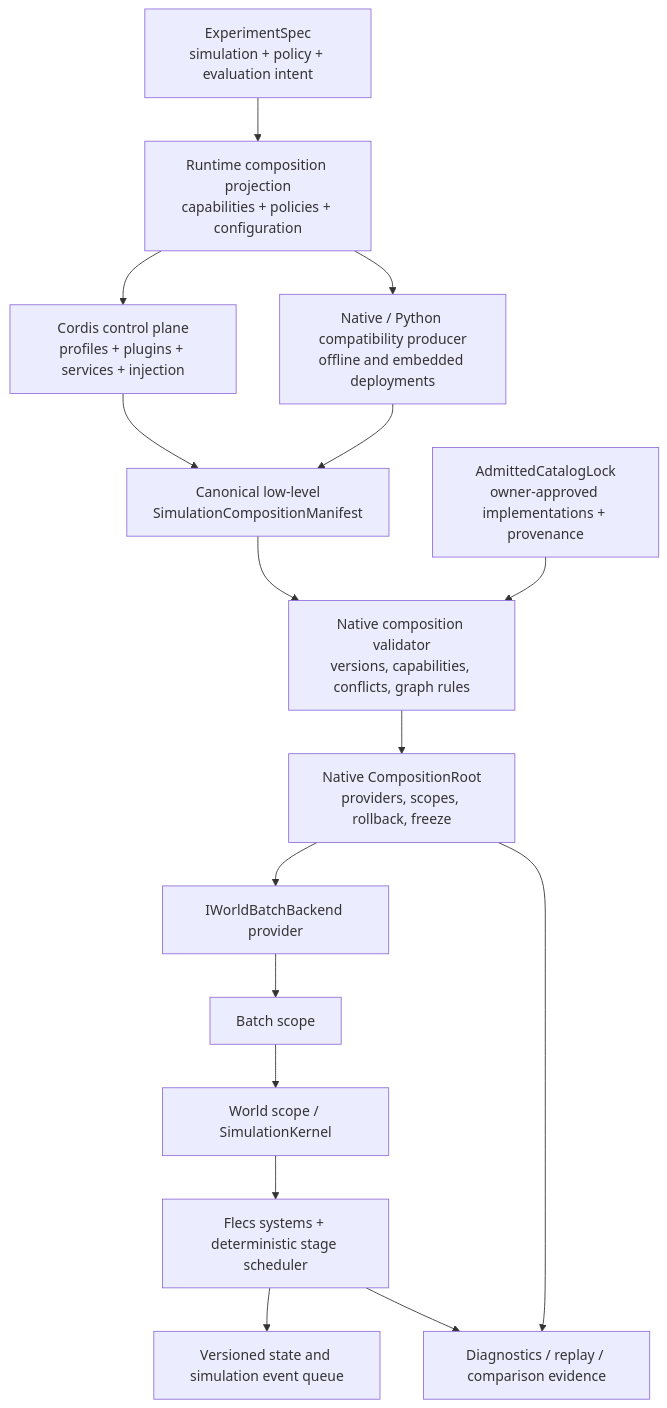
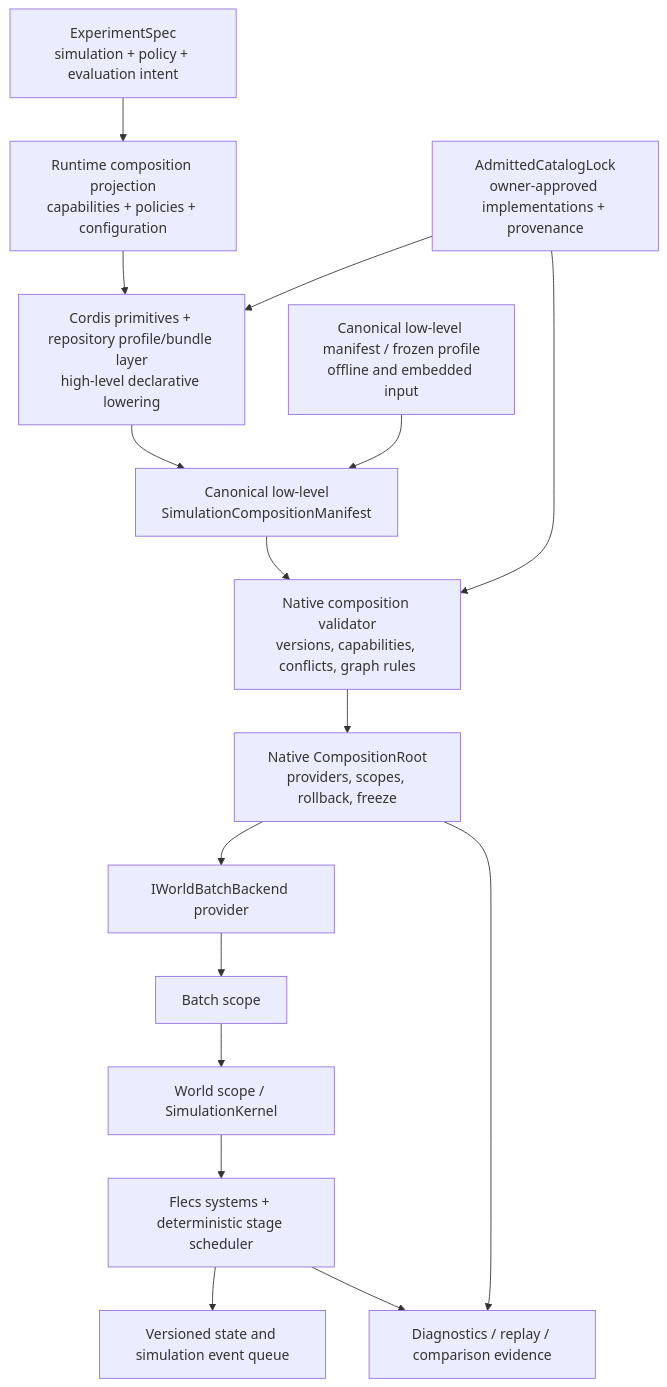
Before and after one commit to Void0312Aurora/Echelon-Forge: the diagram in docs/architecture/work/active/cordis_simulation_composition_kernel/cordis_simulation_composition_kernel_architecture.md, drawn with Mermaid. The commit also changed other lines of this file and 15 other files, not shown here.

````diff
--- a/docs/architecture/work/active/cordis_simulation_composition_kernel/cordis_simulation_composition_kernel_architecture.md
+++ b/docs/architecture/work/active/cordis_simulation_composition_kernel/cordis_simulation_composition_kernel_architecture.md
@@ -107,33 +111,33 @@
 ```mermaid
 flowchart TD
     EXP["ExperimentSpec\nsimulation + policy + evaluation intent"]
     PROJECT["Runtime composition projection\ncapabilities + policies + configuration"]
-    CORDIS["Cordis control plane\nprofiles + plugins + services + injection"]
-    COMPAT["Native / Python compatibility producer\noffline and embedded deployments"]
+    CORDIS["Cordis primitives + repository profile/bundle layer\nhigh-level declarative lowering"]
+    FROZEN["Canonical low-level manifest / frozen profile\noffline and embedded input"]
     MANIFEST["Canonical low-level\nSimulationCompositionManifest"]
     CATALOG["AdmittedCatalogLock\nowner-approved implementations + provenance"]
     VALIDATE["Native composition validator\nversions, capabilities, conflicts, graph rules"]
     ROOT["Native CompositionRoot\nproviders, scopes, rollback, freeze"]
     BACKEND["IWorldBatchBackend provider"]
     BATCH["Batch scope"]
     WORLD["World scope / SimulationKernel"]
     STAGE["Flecs systems + deterministic stage scheduler"]
     STATE["Versioned state and simulation event queue"]
     EVIDENCE["Diagnostics / replay / comparison evidence"]
 
     EXP --> PROJECT
     PROJECT --> CORDIS
-    PROJECT --> COMPAT
+    CATALOG --> CORDIS
     CORDIS --> MANIFEST
-    COMPAT --> MANIFEST
+    FROZEN --> MANIFEST
     MANIFEST --> VALIDATE
     CATALOG --> VALIDATE
     VALIDATE --> ROOT
     ROOT --> BACKEND
     BACKEND --> BATCH
     BATCH --> WORLD
     WORLD --> STAGE
     STAGE --> STATE
     ROOT --> EVIDENCE
     STAGE --> EVIDENCE
 ```
````
